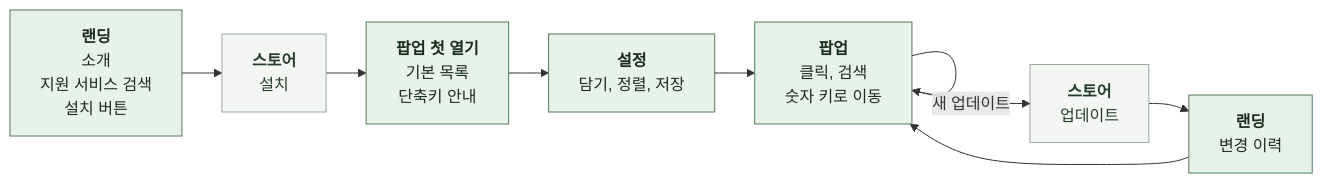
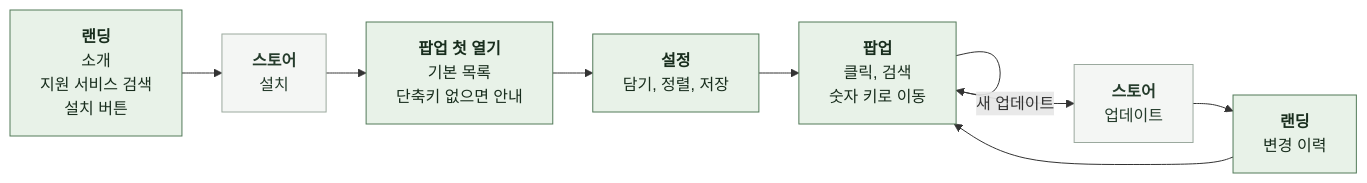
One commit to kangkyunghyun/LinKHU changed the diagram in docs/spec/2-1-USER-STORIES.md. Above: the diagram before and after it, drawn with Mermaid. The commit also changed 1 other file, not shown here.

Commit message:
docs: 코드와 대조해 여정 그림과 설치 권유 제목 치수를 맞춘다

````diff
--- a/docs/spec/2-1-USER-STORIES.md
+++ b/docs/spec/2-1-USER-STORIES.md
@@ -13,27 +13,27 @@
 ```mermaid
 %%{init: {"flowchart": {"curve": "basis", "nodeSpacing": 24, "rankSpacing": 40}}}%%
 flowchart LR
     L["`**랜딩**
 소개
 지원 서비스 검색
 설치 버튼`"] --> S["`**스토어**
 설치`"]
     S --> P1["`**팝업 첫 열기**
 기본 목록
-단축키 안내`"]
+단축키 없으면 안내`"]
     P1 --> O["`**설정**
 담기, 정렬, 저장`"]
     O --> P["`**팝업**
 클릭, 검색
 숫자 키로 이동`"]
     P --> P
     P -->|새 업데이트| U["`**스토어**
 업데이트`"]
     U --> L2["`**랜딩**
 변경 이력`"]
     L2 --> P
     classDef comp fill:#E8F2E8,stroke:#527A59,color:#182D1D
     classDef ext fill:#F4F6F4,stroke:#9BA99E,color:#253C2C
     class L,P1,O,P,L2 comp
     class S,U ext
 ```
````
